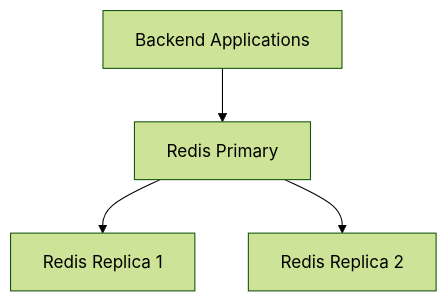
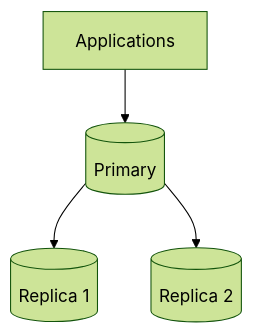
One commit to ektadubey3/backend-system-design changed the third of 4 diagrams in databases/nosql/redis.md. Above: the diagram before and after it, drawn with Mermaid (forest theme). The commit also changed other lines of this file and 18 other files, not shown here.

````diff
--- a/databases/nosql/redis.md
+++ b/databases/nosql/redis.md
@@ -493,7 +400,6 @@
 ```mermaid
 flowchart TD
-    A[Backend Applications] --> B[Redis Primary]
-
-    B --> C[Redis Replica 1]
-    B --> D[Redis Replica 2]
+    A[Applications] --> P[(Primary)]
+    P --> R1[(Replica 1)]
+    P --> R2[(Replica 2)]
 ```
````
